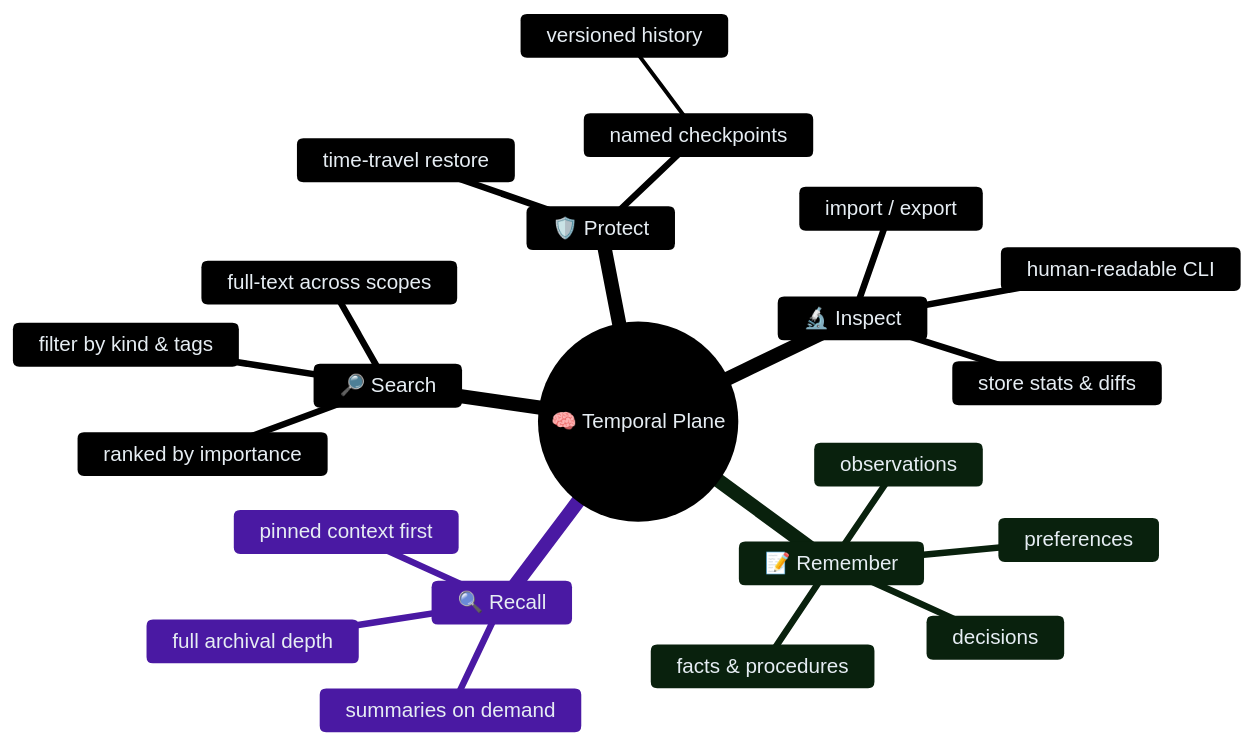
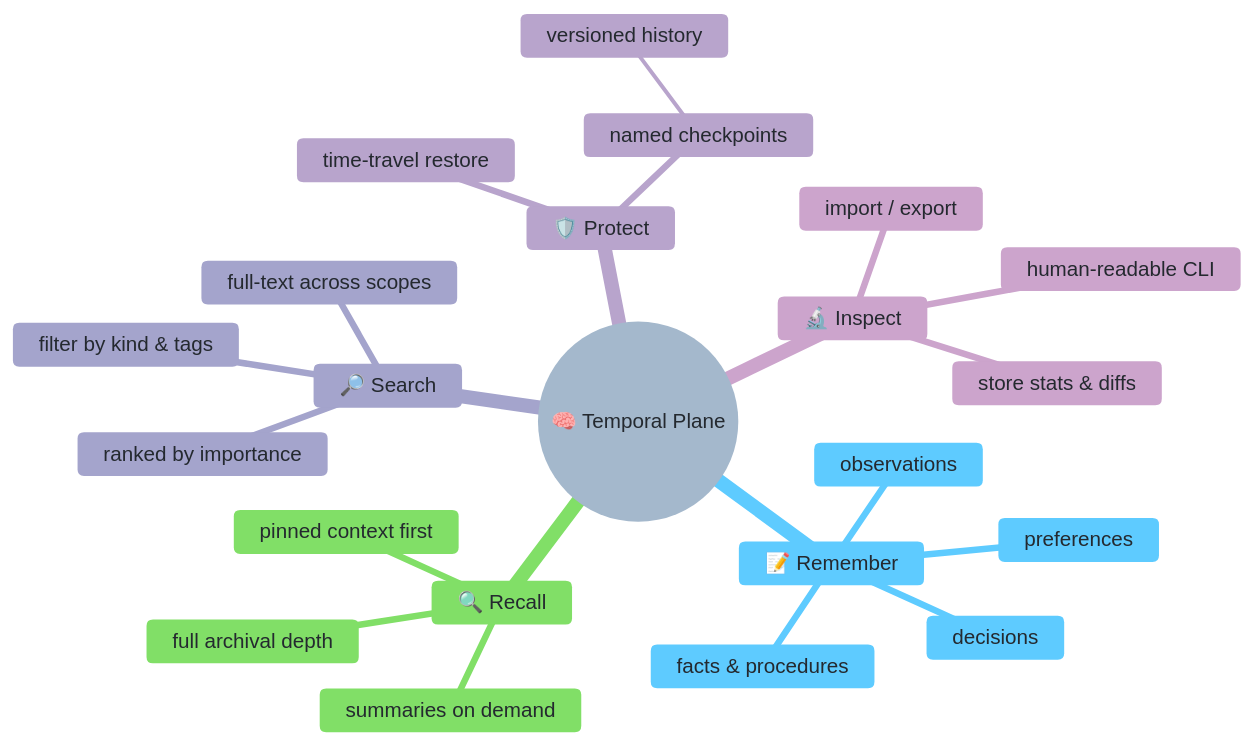
One commit to micahcourey/temporal-plane changed the first of 3 diagrams in README.md. Above: the diagram before and after it, drawn with Mermaid.

Commit message:
engineer-gpt-54/docs/20260309-readme-mermaid-theme: make README Mermaid theme GitHub-safe (#23)
## Summary
- update the README Mermaid mind map to use a GitHub-safe light palette
- add an explicit background color to improve readability in GitHub
rendering
- avoid dark-mode-specific text colors that render poorly on GitHub

## Testing
- not run (README-only change)

````diff
--- a/README.md
+++ b/README.md
@@ -5,36 +5,37 @@
 ```mermaid
 %%{init: {
   "theme": "base",
   "themeVariables": {
-    "primaryTextColor": "#e6edf3",
-    "primaryColor": "#333336",
-    "primaryBorderColor": "#388bfd",
-    "lineColor": "#8b949e",
-    "secondaryColor": "#238636",
-    "tertiaryColor": "#8957e5"
+    "background": "#ffffff",
+    "primaryTextColor": "#24292f",
+    "primaryColor": "#f6f8fa",
+    "primaryBorderColor": "#0969da",
+    "lineColor": "#57606a",
+    "secondaryColor": "#ddf4ff",
+    "tertiaryColor": "#d8f5d0"
   }
 }}%%
 mindmap
   root((🧠 Temporal Plane))
     📝 Remember
       observations
       decisions
       preferences
       facts & procedures
     🔍 Recall
       pinned context first
       summaries on demand
       full archival depth
     🔎 Search
       full-text across scopes
       filter by kind & tags
       ranked by importance
     🛡️ Protect
       named checkpoints
         versioned history
       time-travel restore
     🔬 Inspect
       human-readable CLI
       store stats & diffs
       import / export
 ```
````
